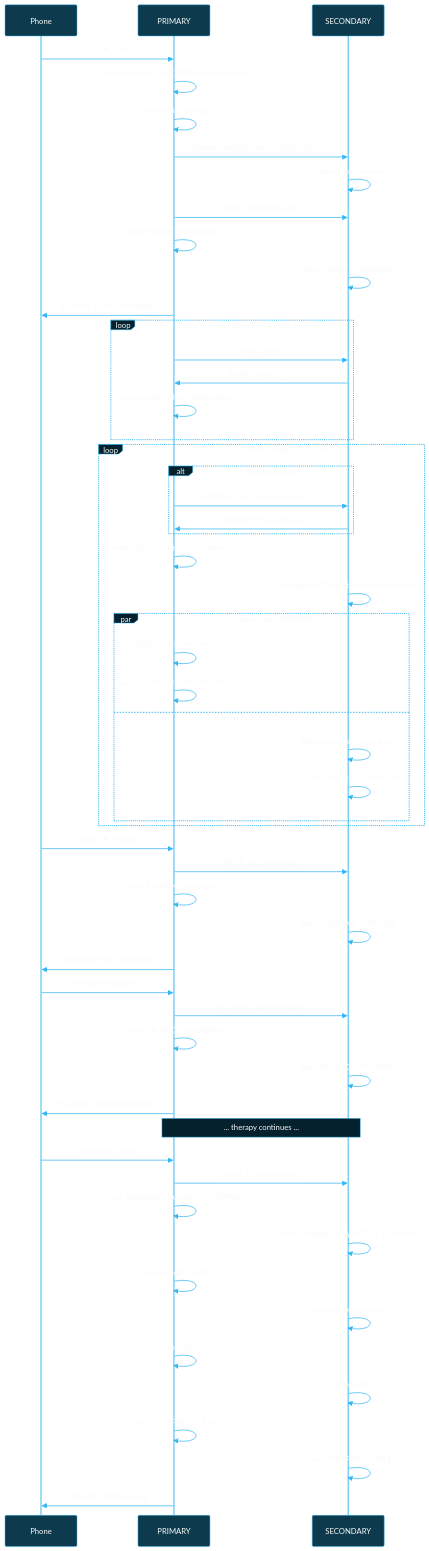
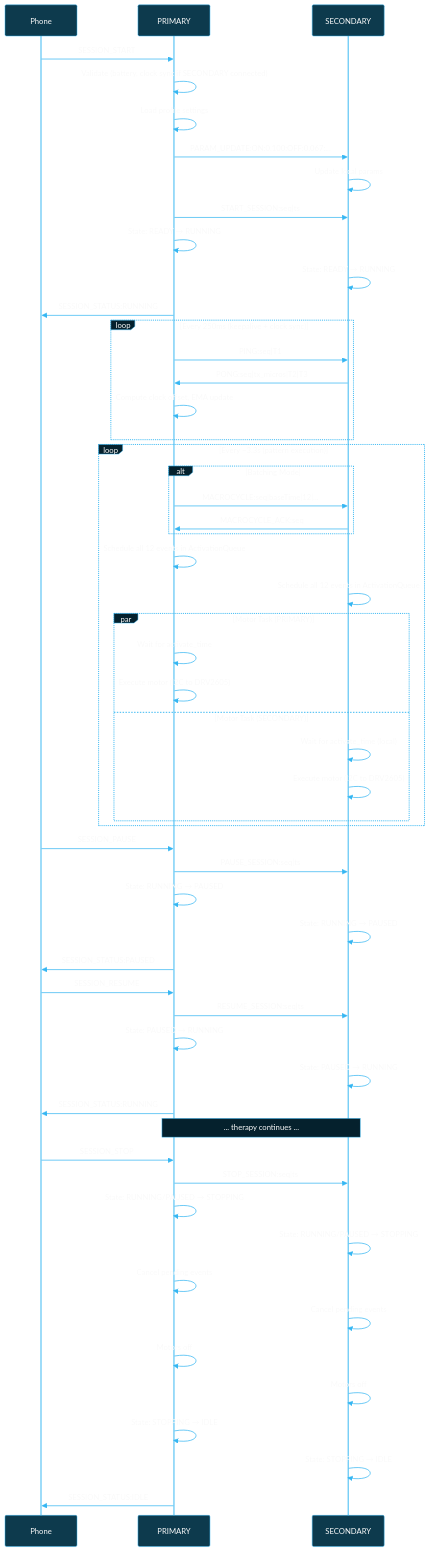
Diagram 11 of 11 in docs/THERAPY_SESSION_FLOW.md (BlueBuzzah/BlueBuzzah-Firmware), drawn with Mermaid before and after one commit. The commit also changed other lines of this file and 7 other files, not shown here.

```diff
--- a/docs/THERAPY_SESSION_FLOW.md
+++ b/docs/THERAPY_SESSION_FLOW.md
@@ -772,7 +772,7 @@
     participant S as SECONDARY
 
     Ph->>P: SESSION_START
-    P->>P: Validate (battery, SECONDARY connected)
+    P->>P: Validate (battery, clock sync if SECONDARY connected)
 
     P->>P: Load profile settings
     P->>S: PARAM_UPDATE:ON:0.100:OFF:0.067:...
@@ -784,13 +784,13 @@
 
     P->>Ph: SESSION_STATUS:RUNNING
 
-    loop Every 1 second (keepalive + clock sync)
+    loop Every 250ms (keepalive + clock sync)
         P->>S: PING:seq|T1
-        S->>P: PONG:seq|0|T2|T3
+        S->>P: PONG:seq|tx_micros|T2|T3
         P->>P: Compute clock offset, EMA update
     end
 
-    loop Every ~200ms (pattern execution)
+    loop Every ~3.3s (pattern execution)
         alt Batching Mode
             P->>S: MACROCYCLE:seq|baseTime|12|...
             S->>P: MACROCYCLE_ACK:seq
```
